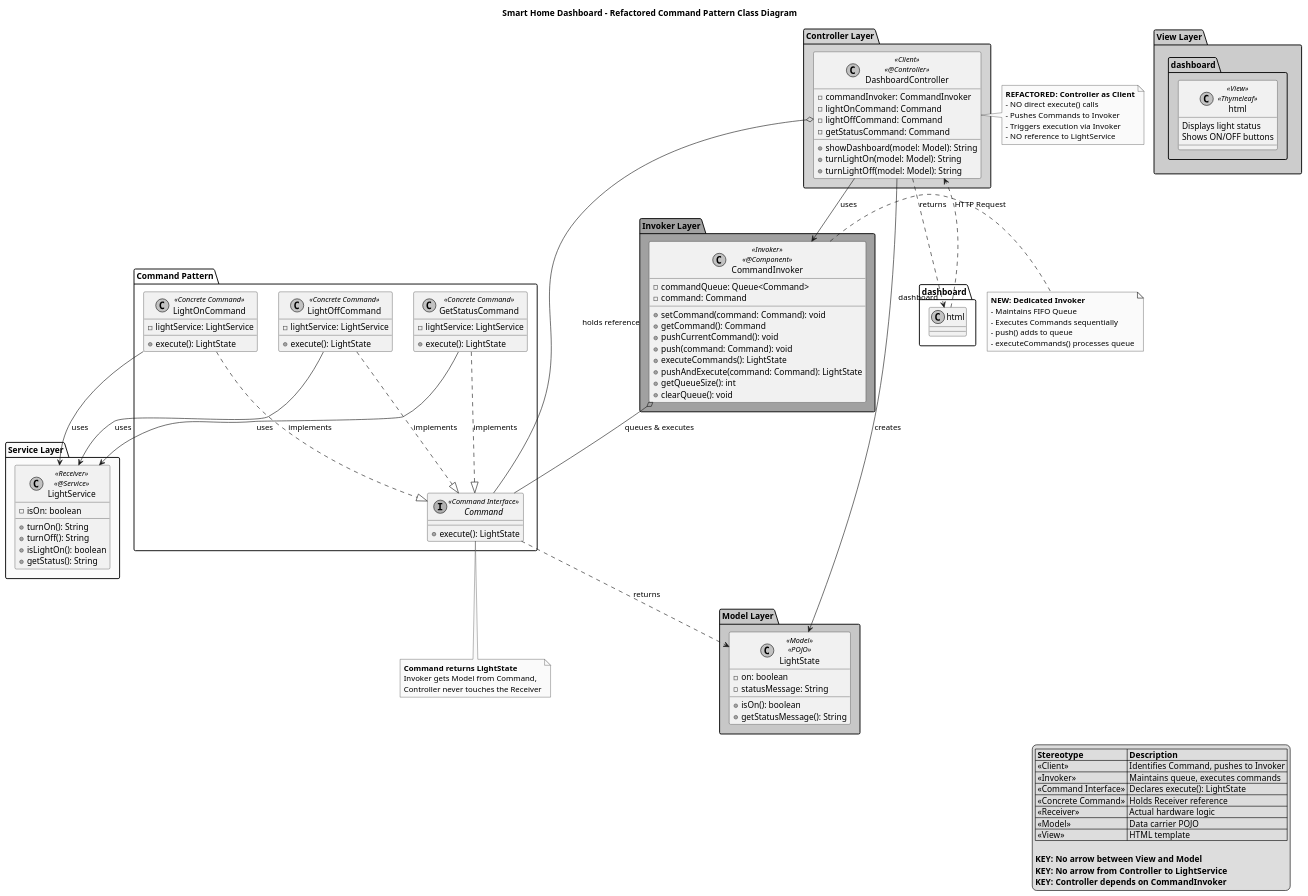
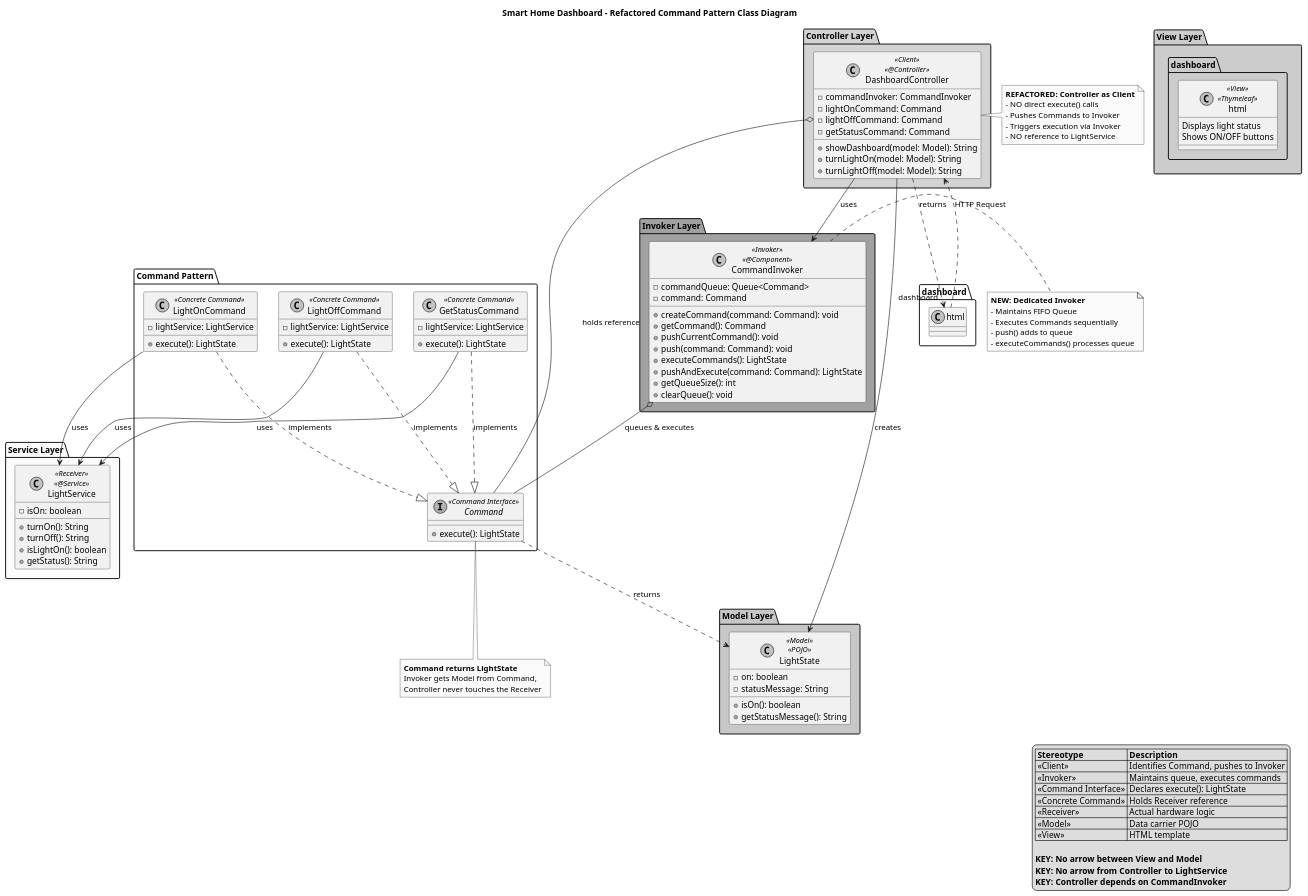
Before and after one commit to Mostafa-abozead/commandpattern-MVC-: the first of 2 diagrams in docs/COMMAND_PATTERN.md, drawn with PlantUML. The commit also changed other lines of this file and 4 other files, not shown here.

Commit message:
Rename setCommand to createCommand per UML sequence diagram

```diff
--- a/docs/COMMAND_PATTERN.md
+++ b/docs/COMMAND_PATTERN.md
@@ -99,7 +99,7 @@
     class CommandInvoker <<Invoker>> <<@Component>> {
         -commandQueue: Queue<Command>
         -command: Command
-        +setCommand(command: Command): void
+        +createCommand(command: Command): void
         +getCommand(): Command
         +pushCurrentCommand(): void
         +push(command: Command): void
```
